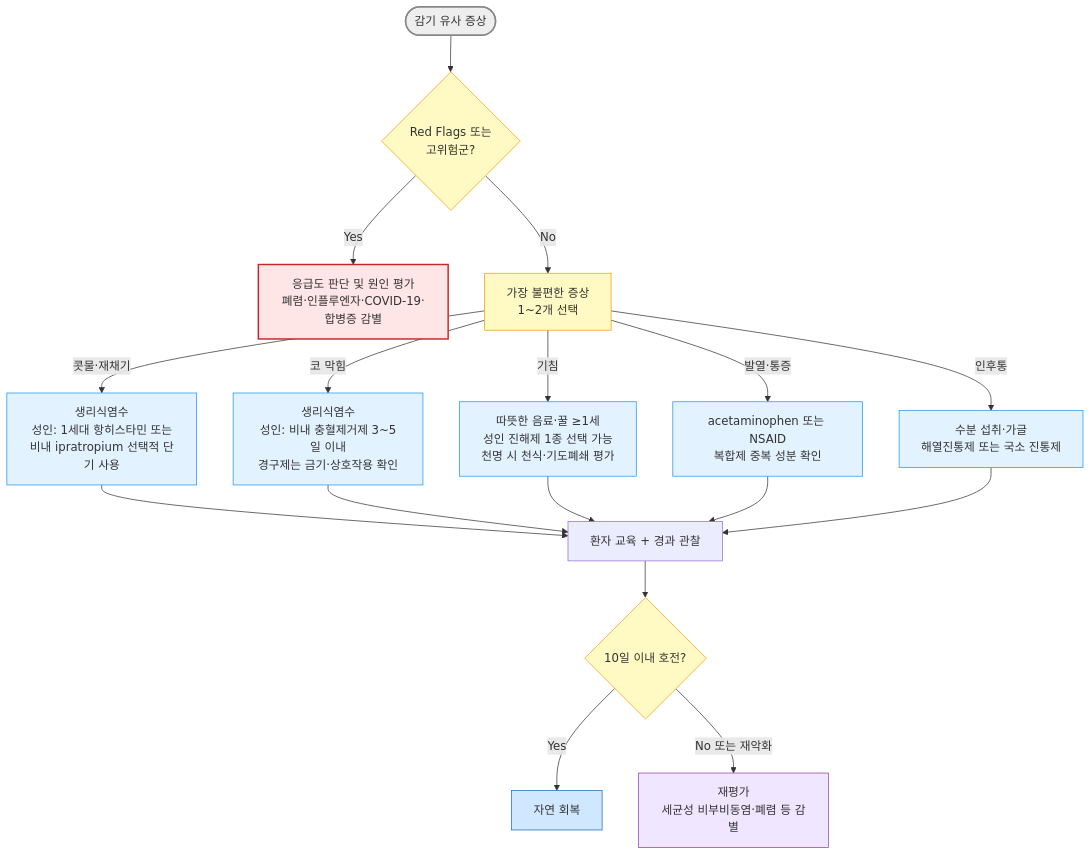
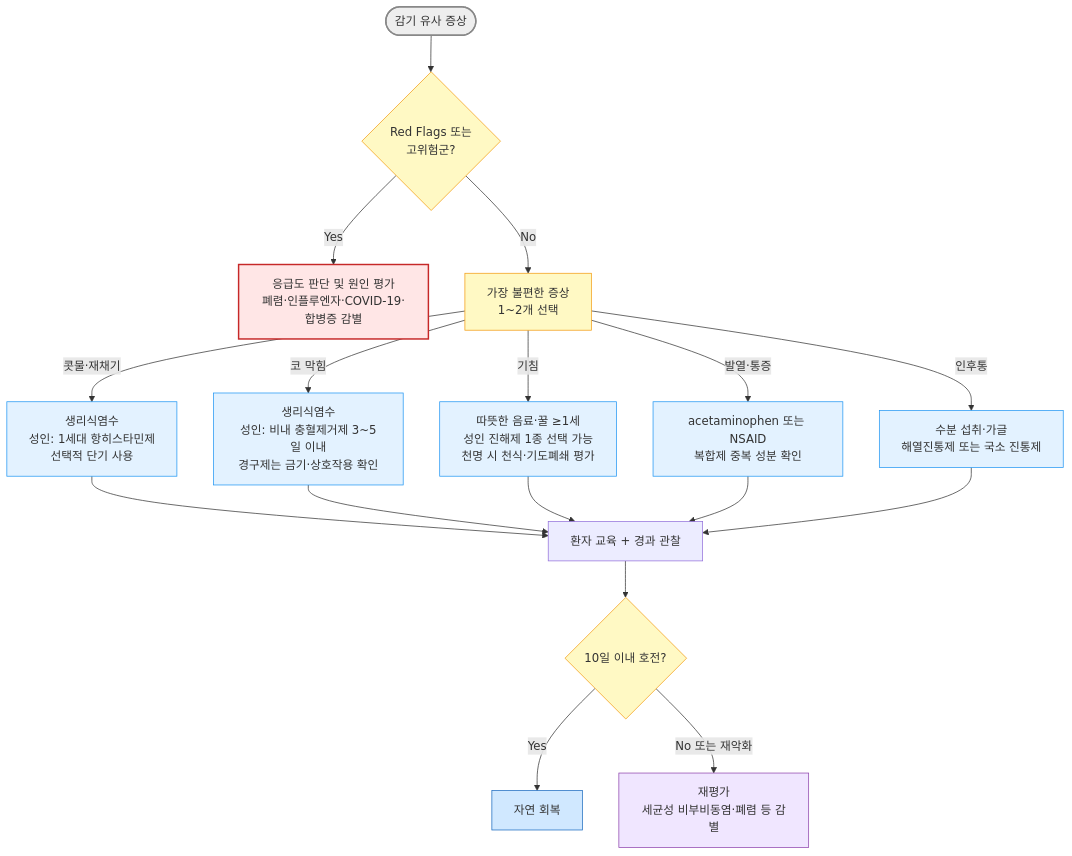
One commit to familyoh77/familyoh77 changed the diagram in 223_/060_-common-cold.md. Above: the diagram before and after it, drawn with Mermaid. The commit also changed other lines of this file and 2 other files, not shown here.

````diff
--- a/223_/060_-common-cold.md
+++ b/223_/060_-common-cold.md
@@ -141,35 +133,35 @@
 ```mermaid
 flowchart TD
     A(["감기 유사 증상"]) --> X{"Red Flags 또는<br/>고위험군?"}
     X -->|Yes| E["응급도 판단 및 원인 평가<br/>폐렴·인플루엔자·COVID-19·합병증 감별"]
     X -->|No| B["가장 불편한 증상<br/>1~2개 선택"]
 
-    B -->|콧물·재채기| R["생리식염수<br/>성인: 1세대 항히스타민 또는<br/>비내 ipratropium 선택적 단기 사용"]
+    B -->|콧물·재채기| R["생리식염수<br/>성인: 1세대 항히스타민제<br/>선택적 단기 사용"]
 
     B -->|코 막힘| C["생리식염수<br/>성인: 비내 충혈제거제 3~5일 이내<br/>경구제는 금기·상호작용 확인"]
 
     B -->|기침| K["따뜻한 음료·꿀 ≥1세<br/>성인 진해제 1종 선택 가능<br/>천명 시 천식·기도폐쇄 평가"]
 
     B -->|발열·통증| F["acetaminophen 또는 NSAID<br/>복합제 중복 성분 확인"]
 
     B -->|인후통| S["수분 섭취·가글<br/>해열진통제 또는 국소 진통제"]
 
     R --> Z["환자 교육 + 경과 관찰"]
     C --> Z
     K --> Z
     F --> Z
     S --> Z
 
     Z --> Y{"10일 이내 호전?"}
     Y -->|Yes| END["자연 회복"]
     Y -->|No 또는 재악화| RE["재평가<br/>세균성 비부비동염·폐렴 등 감별"]
 
 style A fill:#eeeeee,stroke:#888888,stroke-width:2px
 style E fill:#ffe6e6,stroke:#c62828,stroke-width:2px
 classDef yellow fill:#fff9c4,stroke:#f39c12
 class X,B,Y yellow
 classDef sky fill:#e3f2ff,stroke:#2196f3
 class R,C,K,F,S sky
 style END fill:#d0e8ff,stroke:#1a6abf
 style RE fill:#f0e6ff,stroke:#8e44ad
 ```
````
